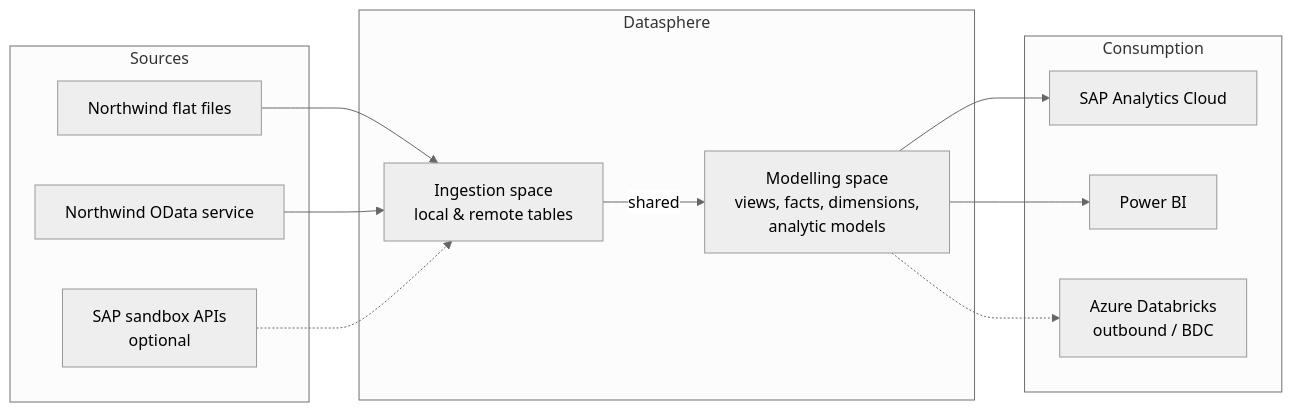
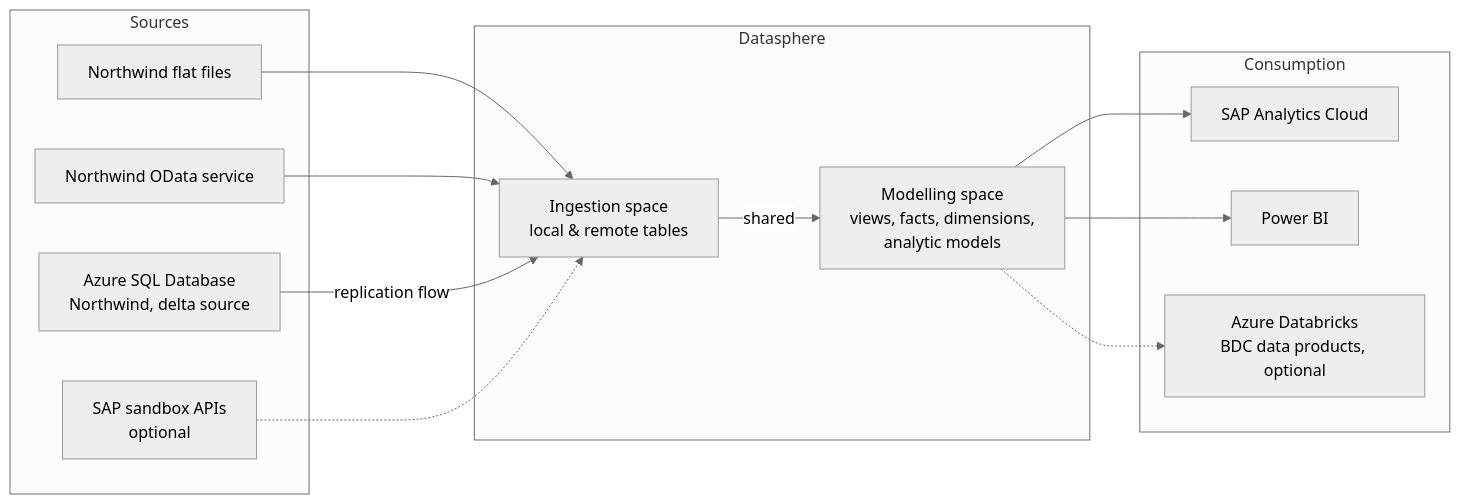
One commit to gonzalonao/sap-datasphere-lab changed the first of 2 diagrams in docs/architecture.md. Above: the diagram before and after it, drawn with Mermaid (neutral theme). The commit also changed other lines of this file and 6 other files, not shown here.

````diff
--- a/docs/architecture.md
+++ b/docs/architecture.md
@@ -7,24 +7,26 @@
 ```mermaid
 flowchart LR
     subgraph Sources
         F[Northwind flat files]
         O[Northwind OData service]
+        AZ[Azure SQL Database<br/>Northwind, delta source]
         S[SAP sandbox APIs<br/>optional]
     end
     subgraph Datasphere
         I[Ingestion space<br/>local & remote tables]
         M[Modelling space<br/>views, facts, dimensions,<br/>analytic models]
     end
     subgraph Consumption
         SAC[SAP Analytics Cloud]
         PBI[Power BI]
-        DBX[Azure Databricks<br/>outbound / BDC]
+        DBX[Azure Databricks<br/>BDC data products, optional]
     end
     F --> I
     O --> I
+    AZ -->|replication flow| I
     S -.-> I
     I -->|shared| M
     M --> SAC
     M --> PBI
     M -.-> DBX
 ```
````
